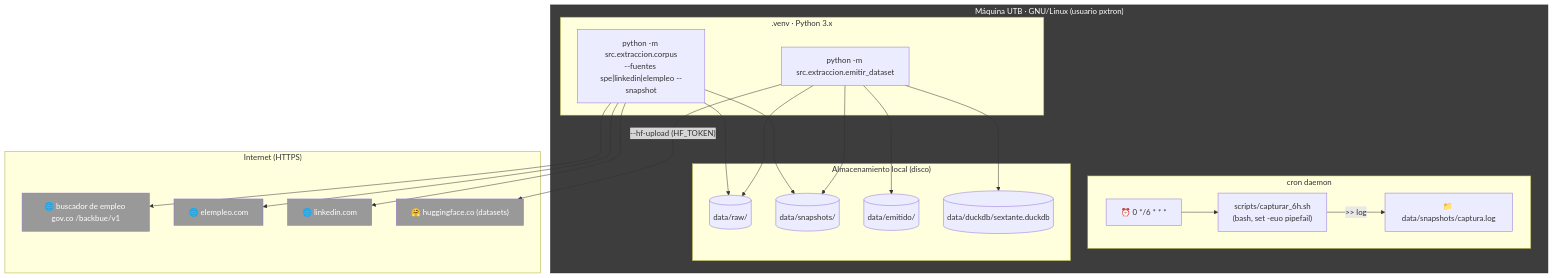
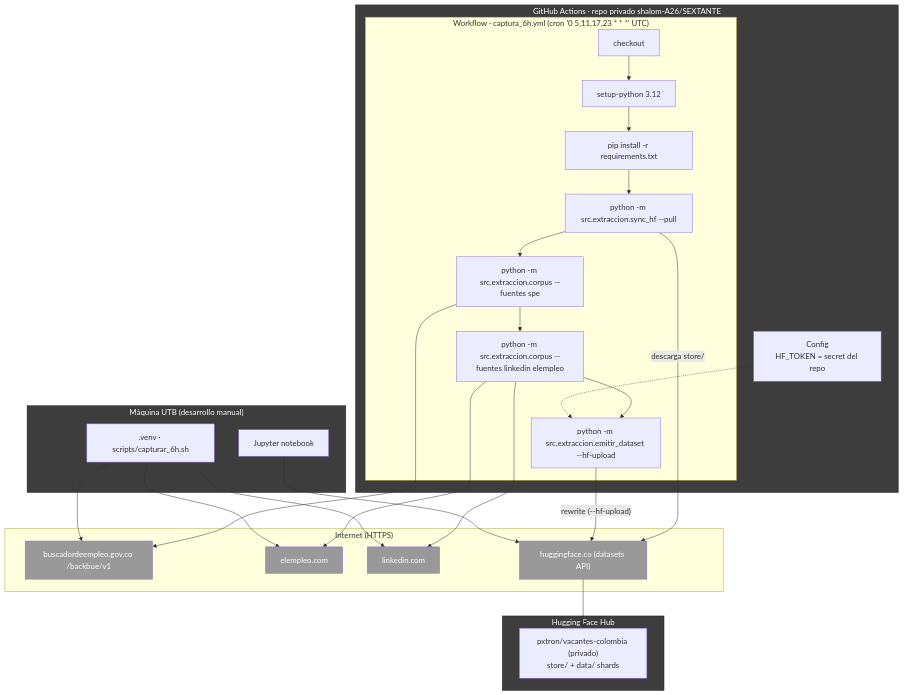
The fourth of 7 diagrams in docs/arquitectura.md (shalom-A26/SEXTANTE), drawn with Mermaid before and after one commit. The commit also changed other lines of this file and 8 other files, not shown here.

First line of the commit message:
feat: captura en GitHub Actions con Hugging Face como memoria persistente

````diff
--- a/docs/arquitectura.md
+++ b/docs/arquitectura.md
@@ -172,42 +183,50 @@
 ```mermaid
 flowchart TB
-    subgraph MAQ["Máquina UTB · GNU/Linux (usuario pxtron)"]
-        subgraph CRON["cron daemon"]
-            cronj["⏰ 0 */6 * * *"] --> sh["scripts/capturar_6h.sh<br/>(bash, set -euo pipefail)"]
-            sh -->|">> log"| log["📁 data/snapshots/captura.log"]
+    subgraph CLOUD["GitHub Actions · repo privado shalom-A26/SEXTANTE"]
+        subgraph WF["Workflow · captura_6h.yml (cron '0 5,11,17,23 * * *' UTC)"]
+            checkout["checkout"]
+            python["setup-python 3.12"]
+            deps["pip install -r requirements.txt"]
+            pull["python -m src.extraccion.sync_hf --pull"]
+            spe["python -m src.extraccion.corpus --fuentes spe"]
+            curado["python -m src.extraccion.corpus --fuentes linkedin elempleo"]
+            emit["python -m src.extraccion.emitir_dataset --hf-upload"]
         end
-        subgraph VENV[".venv · Python 3.x"]
-            cli["python -m src.extraccion.corpus<br/>--fuentes spe|linkedin|elempleo --snapshot"]
-            emi["python -m src.extraccion.emitir_dataset"]
-        end
-        subgraph ALM["Almacenamiento local (disco)"]
-            raw[("data/raw/")]
-            snap[("data/snapshots/")]
-            emitd[("data/emitido/")]
-            ddb[("data/duckdb/sextante.duckdb")]
-        end
+        CFG["Config<br/>HF_TOKEN = secret del repo"]
+    end
+
+    subgraph HUB["Hugging Face Hub"]
+        dset["pxtron/vacantes-colombia (privado)<br/>store/ + data/ shards"]
+    end
+
+    subgraph PC["Máquina UTB (desarrollo manual)"]
+        venv[".venv · scripts/capturar_6h.sh"]
+        nb["Jupyter notebook"]
     end
 
     subgraph NET["Internet (HTTPS)"]
-        spe["🌐 buscador de empleo gov.co /backbue/v1"]
-        ee["🌐 elempleo.com"]
-        li["🌐 linkedin.com"]
-        hub["🤗 huggingface.co (datasets)"]
+        speext["buscadordeempleo.gov.co /backbue/v1"]
+        ee["elempleo.com"]
+        li["linkedin.com"]
+        hfapi["huggingface.co (datasets API)"]
     end
 
-    cli --> spe
-    cli --> ee
-    cli --> li
-    cli --> raw
-    cli --> snap
-    emi --> raw
-    emi --> snap
-    emi --> emitd
-    emi --> ddb
-    emi -->|"--hf-upload (HF_TOKEN)"| hub
+    checkout --> python --> deps --> pull
+    pull --> spe --> curado --> emit
+    CFG -.-> emit
+    pull -->|"descarga store/"| hfapi
+    emit -->|"rewrite (--hf-upload)"| hfapi
+    hfapi --> dset
+    spe --> speext
+    curado --> ee
+    curado --> li
+    venv --> speext
+    venv --> ee
+    venv --> li
+    nb --> hfapi
 
     classDef nodo fill:#3d3d3d,color:#fff,stroke:#222;
     classDef ext fill:#999999,color:#fff;
-    class MAQ nodo;
-    class spe,ee,li,hub ext;
+    class CLOUD,HUB,PC nodo;
+    class speext,ee,li,hfapi ext;
 ```
````
